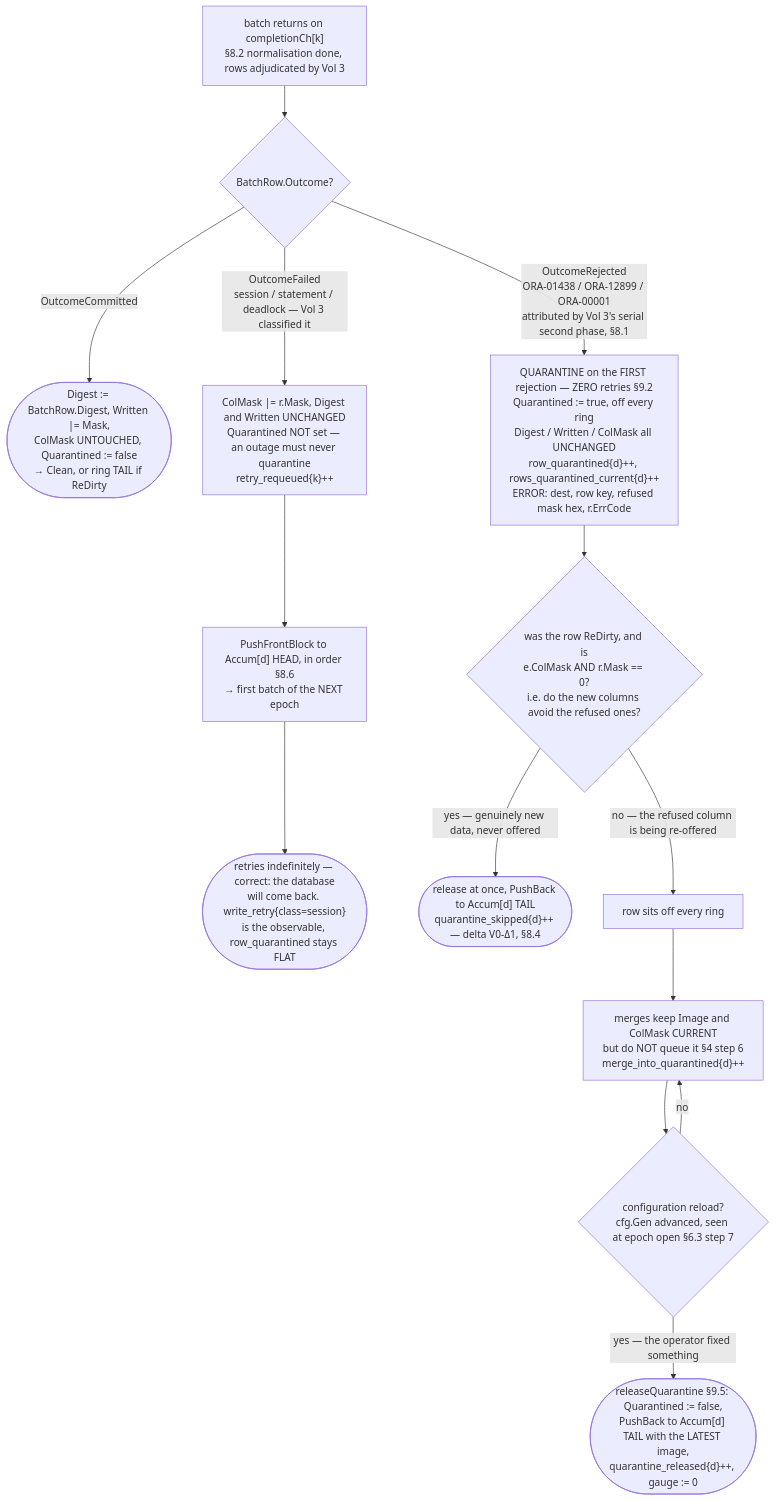
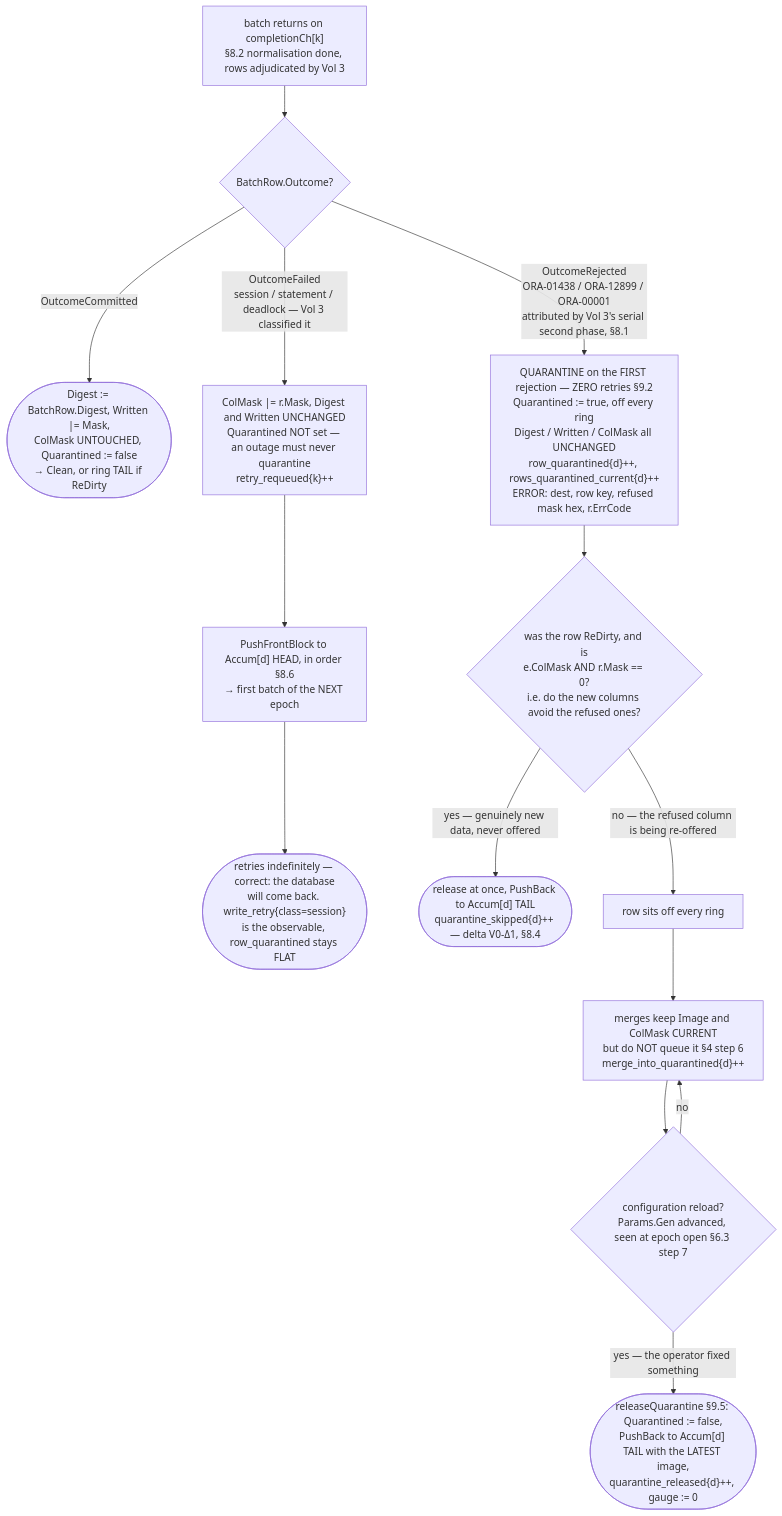
One commit to redwineyards/feedvalve changed the eighth of 8 diagrams in docs/lld/02-shard-mirror.md. Above: the diagram before and after it, drawn with Mermaid. The commit also changed other lines of this file and 7 other files, not shown here.

````diff
--- a/docs/lld/02-shard-mirror.md
+++ b/docs/lld/02-shard-mirror.md
@@ -2487,20 +2598,20 @@
 ```mermaid
 flowchart TD
     A["batch returns on completionCh[k]<br/>§8.2 normalisation done, rows adjudicated by Vol 3"] --> B{"BatchRow.Outcome?"}
 
     B -->|"OutcomeCommitted"| CM(["Digest := BatchRow.Digest, Written |= Mask,<br/>ColMask UNTOUCHED, Quarantined := false<br/>→ Clean, or ring TAIL if ReDirty"])
 
     B -->|"OutcomeFailed<br/>session / statement / deadlock — Vol 3 classified it"| C["ColMask |= r.Mask, Digest and Written UNCHANGED<br/>Quarantined NOT set — an outage must never quarantine<br/>retry_requeued{k}++"]
     C --> D["PushFrontBlock to Accum[d] HEAD, in order §8.6<br/>→ first batch of the NEXT epoch"]
     D --> E(["retries indefinitely — correct: the database<br/>will come back. write_retry{class=session}<br/>is the observable, row_quarantined stays FLAT"])
 
     B -->|"OutcomeRejected<br/>ORA-01438 / ORA-12899 / ORA-00001<br/>attributed by Vol 3's serial second phase, §8.1"| J["QUARANTINE on the FIRST rejection — ZERO retries §9.2<br/>Quarantined := true, off every ring<br/>Digest / Written / ColMask all UNCHANGED<br/>row_quarantined{d}++, rows_quarantined_current{d}++<br/>ERROR: dest, row key, refused mask hex, r.ErrCode"]
 
     J --> K{"was the row ReDirty, and is<br/>e.ColMask AND r.Mask == 0?<br/>i.e. do the new columns avoid the refused ones?"}
     K -->|"yes — genuinely new data, never offered"| L(["release at once, PushBack to Accum[d] TAIL<br/>quarantine_skipped{d}++ — delta V0-Δ1, §8.4"])
     K -->|"no — the refused column is being re-offered"| M["row sits off every ring"]
     M --> N["merges keep Image and ColMask CURRENT<br/>but do NOT queue it §4 step 6<br/>merge_into_quarantined{d}++"]
-    N --> O{"configuration reload?<br/>cfg.Gen advanced, seen at epoch open §6.3 step 7"}
+    N --> O{"configuration reload?<br/>Params.Gen advanced, seen at epoch open §6.3 step 7"}
     O -->|"no"| N
     O -->|"yes — the operator fixed something"| P(["releaseQuarantine §9.5: Quarantined := false,<br/>PushBack to Accum[d] TAIL with the LATEST image,<br/>quarantine_released{d}++, gauge := 0"])
 ```
````
